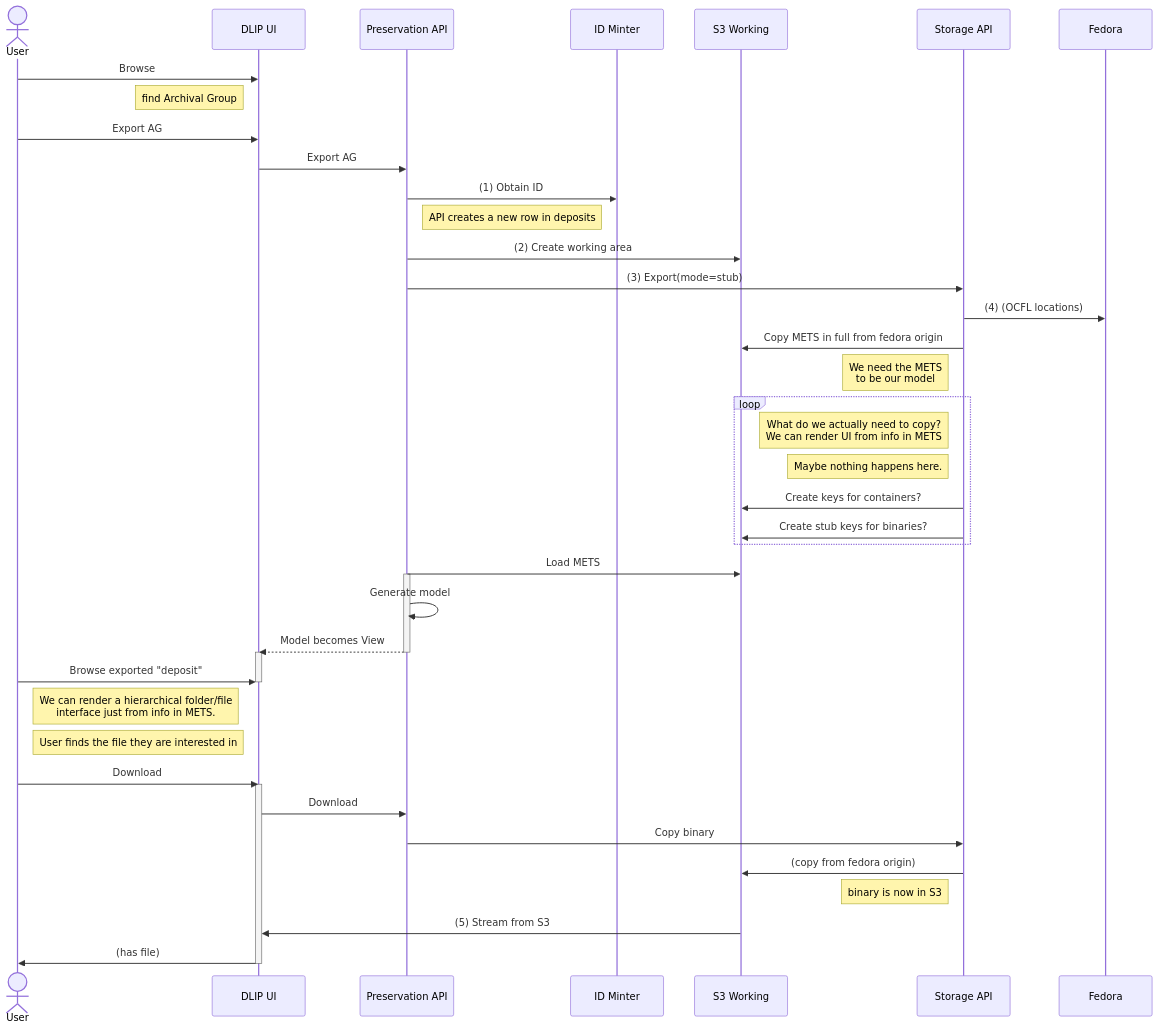
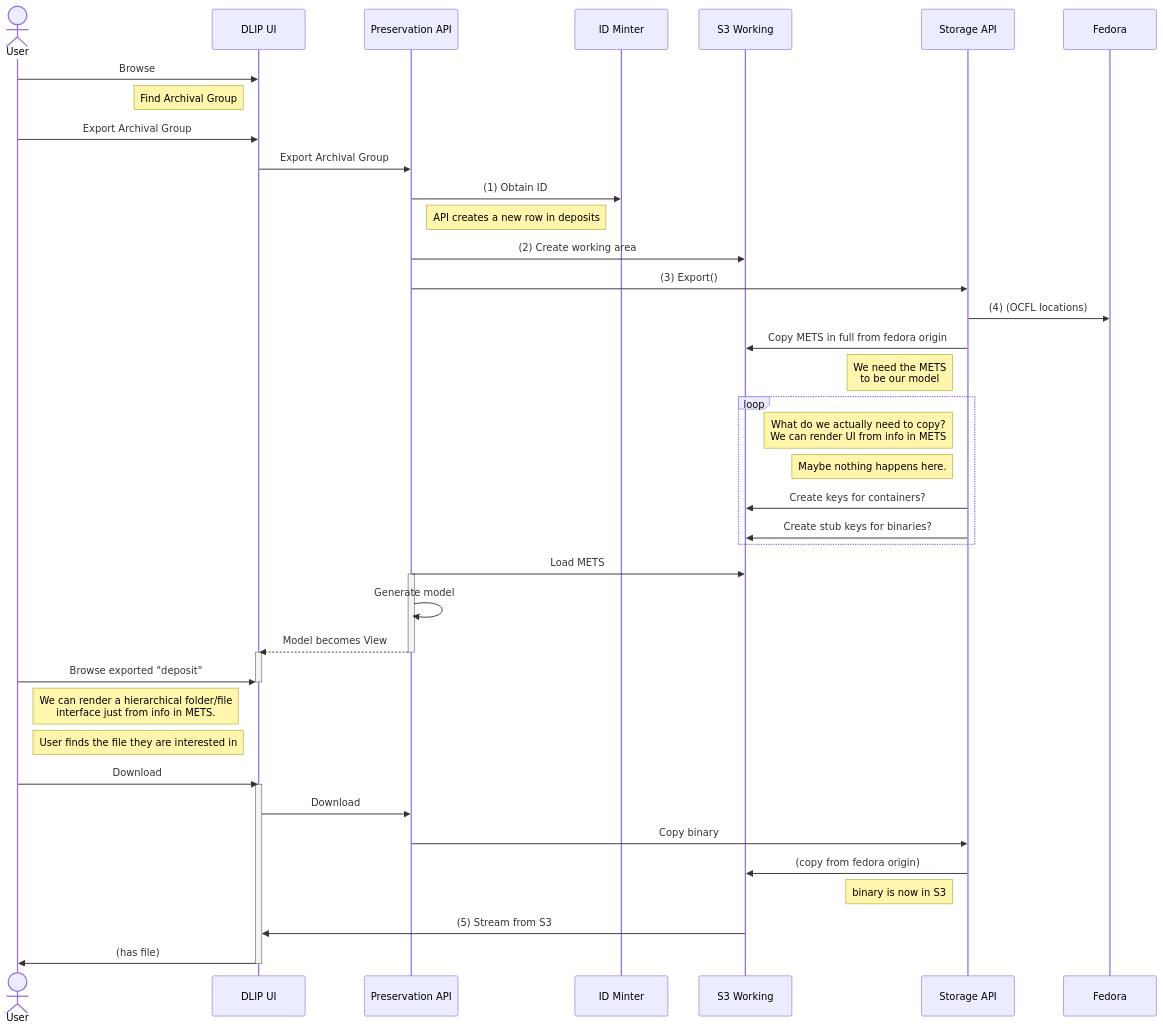
One commit to digirati-co-uk/digital-preservation-docs changed the diagram in sequence-diagrams/pull-from-repository.md. Above: the diagram before and after it, drawn with Mermaid. The commit also changed other lines of this file and 14 other files, not shown here.

````diff
--- a/sequence-diagrams/pull-from-repository.md
+++ b/sequence-diagrams/pull-from-repository.md
@@ -15,48 +19,48 @@
 ```mermaid
 sequenceDiagram
 
     actor A as User
     participant UI as DLIP UI
     participant API as Preservation API
     participant ID as ID Minter
     participant S3 as S3 Working
     participant Storage as Storage API
     participant Fedora
 
     A->>UI: Browse
-    note left of UI: find Archival Group
-    A->>UI: Export AG
-    UI->>API: Export AG
+    note left of UI: Find Archival Group
+    A->>UI: Export Archival Group
+    UI->>API: Export Archival Group
     API->>ID: (1) Obtain ID
     note right of API: API creates a new row in deposits
     API->>S3: (2) Create working area
-    API->>Storage: (3) Export(mode=stub)
+    API->>Storage: (3) Export()
     Storage->>Fedora: (4) (OCFL locations)
     Storage->>S3: Copy METS in full from fedora origin
     note left of Storage: We need the METS<br>to be our model
     loop 
     note left of Storage: What do we actually need to copy?<br>We can render UI from info in METS
     note left of Storage: Maybe nothing happens here.
     Storage->>S3: Create keys for containers?
     Storage->>S3: Create stub keys for binaries?
     end
     API->>S3: Load METS
     activate API
     API->>API: Generate model
     API-->>UI: Model becomes View
     deactivate API
     activate UI
     A->>UI: Browse exported "deposit"
     deactivate UI
     note right of A: We can render a hierarchical folder/file<br>interface just from info in METS.
     note right of A: User finds the file they are interested in
     A->>UI: Download
     activate UI
     UI->>API: Download
     API->>Storage: Copy binary
     Storage->>S3: (copy from fedora origin)
     note left of Storage: binary is now in S3
     S3->>UI: (5) Stream from S3
     UI->>A: (has file)
     deactivate UI
 ```
````
